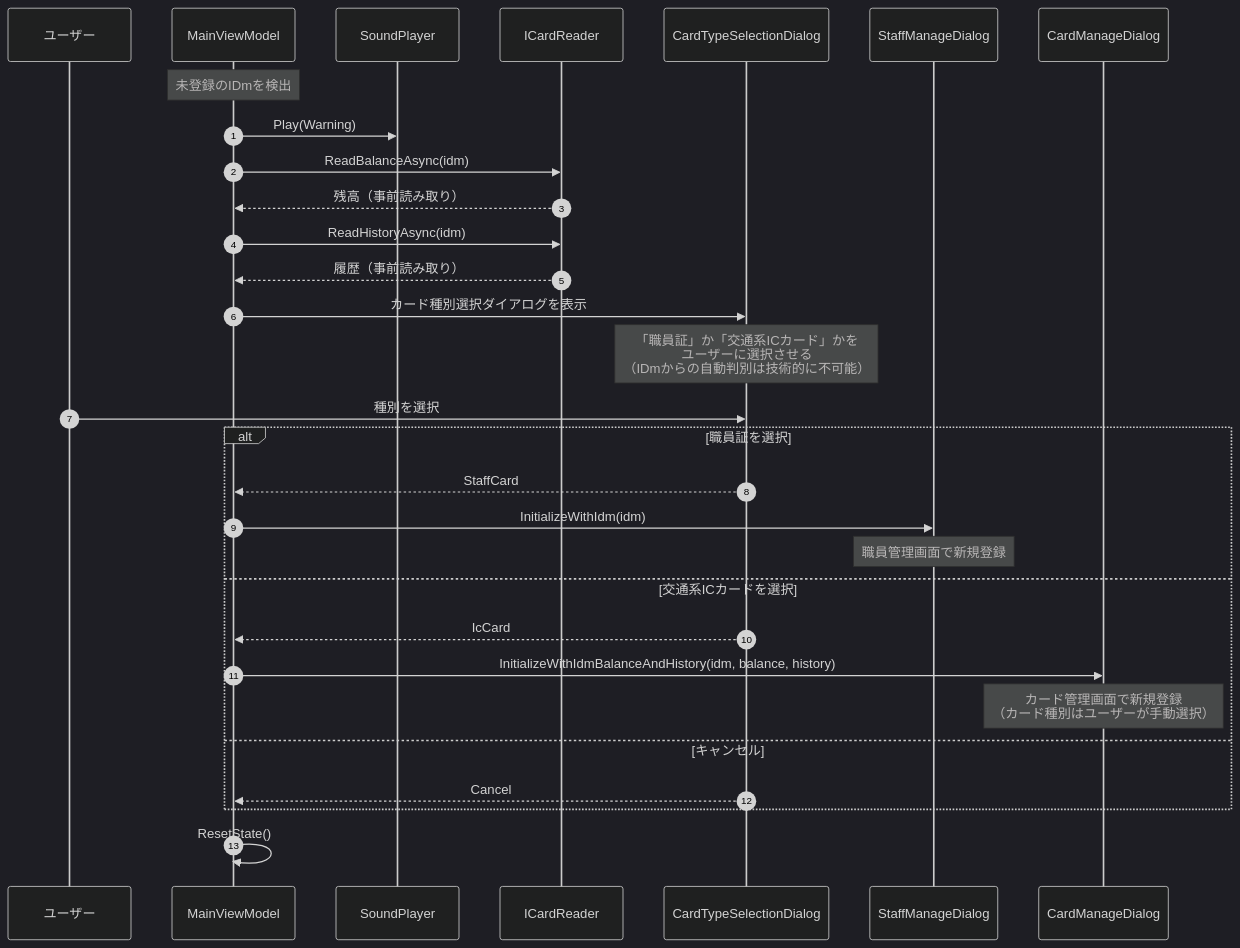
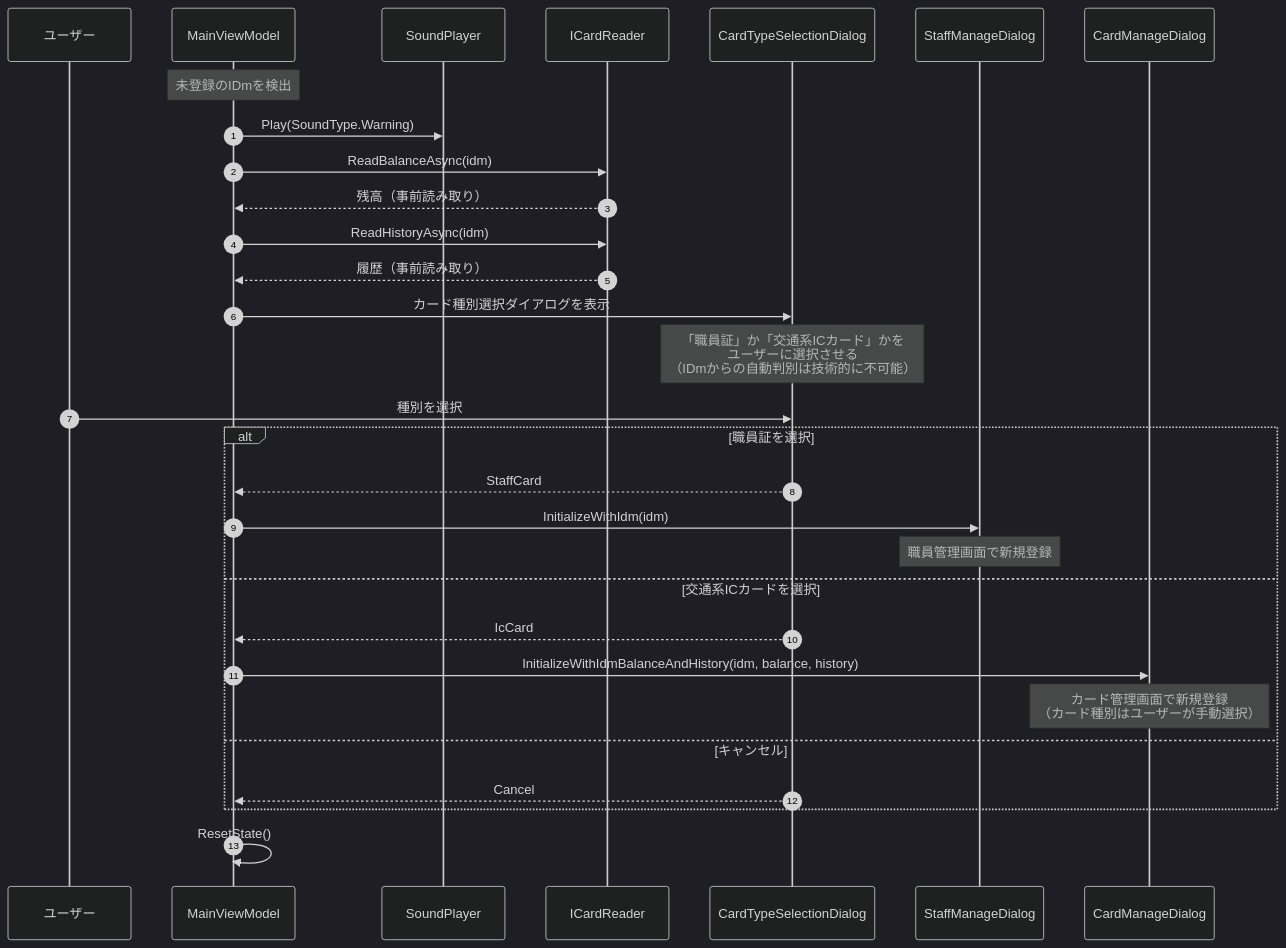
Before and after one commit to kuwayamamasayuki/ICCardManager: the sixth of 14 diagrams in ICCardManager/docs/design/06_シーケンス図.md, drawn with Mermaid (dark theme). The commit also changed other lines of this file, not shown here.

First line of the commit message:
docs: 06_シーケンス図を実装へ整合（サウンドAPI・バックアップ手段・用語）（ドリフト監査 D1/D9） (#1644)

````diff
--- a/ICCardManager/docs/design/06_シーケンス図.md
+++ b/ICCardManager/docs/design/06_シーケンス図.md
@@ -348,37 +348,37 @@
 ```mermaid
 sequenceDiagram
     autonumber
     participant User as ユーザー
     participant VM as MainViewModel
     participant Sound as SoundPlayer
     participant Reader as ICardReader
     participant Dialog as CardTypeSelectionDialog
     participant StaffDlg as StaffManageDialog
     participant CardDlg as CardManageDialog
 
     Note over VM: 未登録のIDmを検出
 
-    VM->>Sound: Play(Warning)
+    VM->>Sound: Play(SoundType.Warning)
     VM->>Reader: ReadBalanceAsync(idm)
     Reader-->>VM: 残高（事前読み取り）
     VM->>Reader: ReadHistoryAsync(idm)
     Reader-->>VM: 履歴（事前読み取り）
 
     VM->>Dialog: カード種別選択ダイアログを表示
     Note over Dialog: 「職員証」か「交通系ICカード」かを<br/>ユーザーに選択させる<br/>（IDmからの自動判別は技術的に不可能）
     User->>Dialog: 種別を選択
 
     alt 職員証を選択
         Dialog-->>VM: StaffCard
         VM->>StaffDlg: InitializeWithIdm(idm)
         Note over StaffDlg: 職員管理画面で新規登録
     else 交通系ICカードを選択
         Dialog-->>VM: IcCard
         VM->>CardDlg: InitializeWithIdmBalanceAndHistory(idm, balance, history)
         Note over CardDlg: カード管理画面で新規登録<br/>（カード種別はユーザーが手動選択）
     else キャンセル
         Dialog-->>VM: Cancel
     end
 
     VM->>VM: ResetState()
 ```
````
